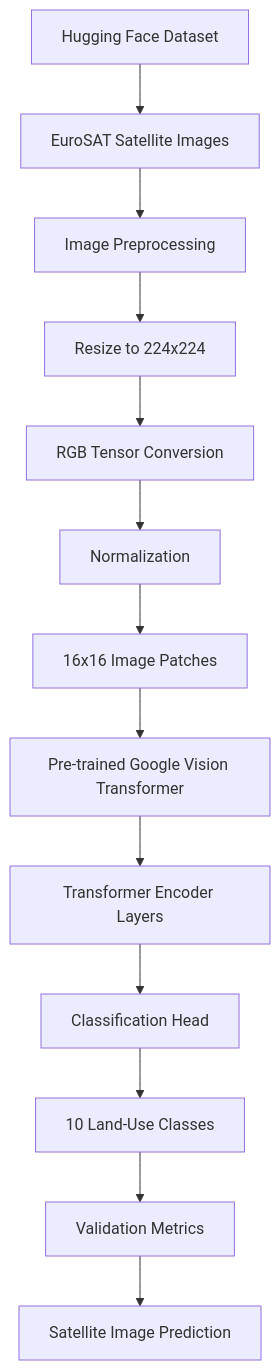
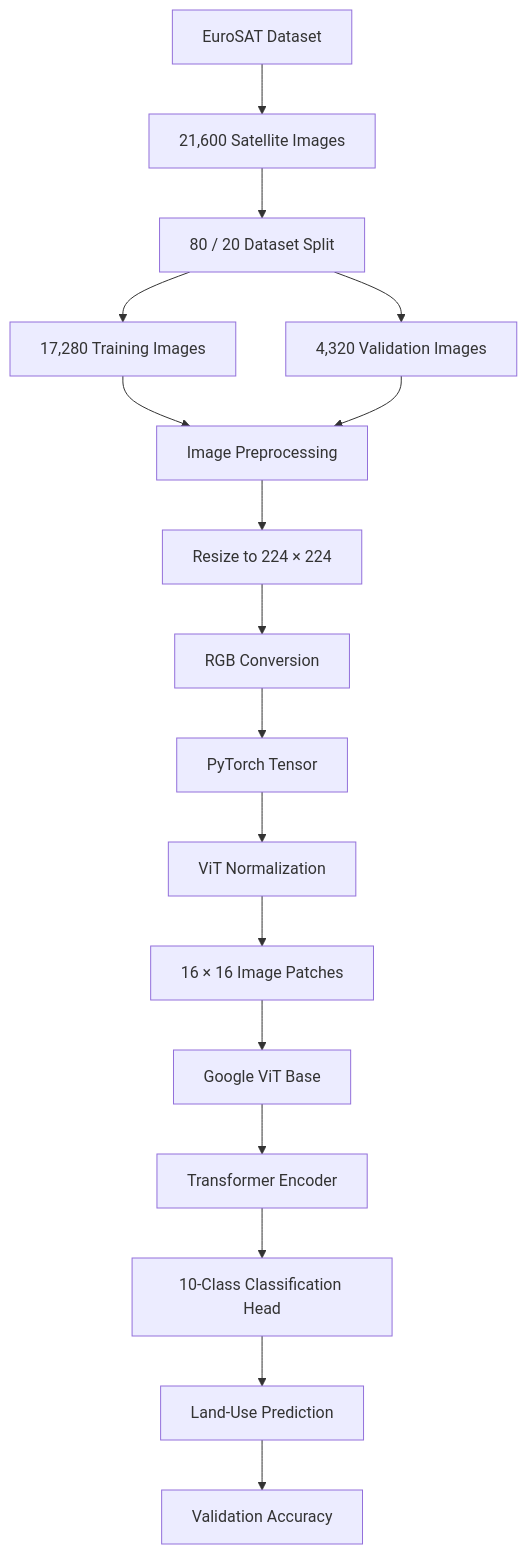
Before and after one commit to addin-alt/eurosat-vision-transformer: the diagram in README.md, drawn with Mermaid. The commit also changed other lines of this file, not shown here.

````diff
--- a/README.md
+++ b/README.md
@@ -88,25 +102,28 @@
 ```mermaid
 flowchart TD
 
-    A[Hugging Face Dataset] --> B[EuroSAT Satellite Images]
+    A[EuroSAT Dataset] --> B[21,600 Satellite Images]
 
-    B --> C[Image Preprocessing]
+    B --> C[80 / 20 Dataset Split]
 
-    C --> D[Resize to 224x224]
-    D --> E[RGB Tensor Conversion]
-    E --> F[Normalization]
+    C --> D1[17,280 Training Images]
+    C --> D2[4,320 Validation Images]
 
-    F --> G[16x16 Image Patches]
+    D1 --> E[Image Preprocessing]
+    D2 --> E
 
-    G --> H[Pre-trained Google Vision Transformer]
+    E --> F[Resize to 224 × 224]
+    F --> G[RGB Conversion]
+    G --> H[PyTorch Tensor]
+    H --> I[ViT Normalization]
 
-    H --> I[Transformer Encoder Layers]
+    I --> J[16 × 16 Image Patches]
 
-    I --> J[Classification Head]
+    J --> K[Google ViT Base]
+    K --> L[Transformer Encoder]
+    L --> M[10-Class Classification Head]
 
-    J --> K[10 Land-Use Classes]
+    M --> N[Land-Use Prediction]
 
-    K --> L[Validation Metrics]
-
-    L --> M[Satellite Image Prediction]
+    N --> O[Validation Accuracy]
 ```
````
